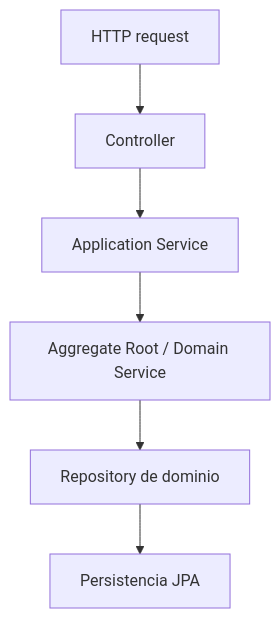
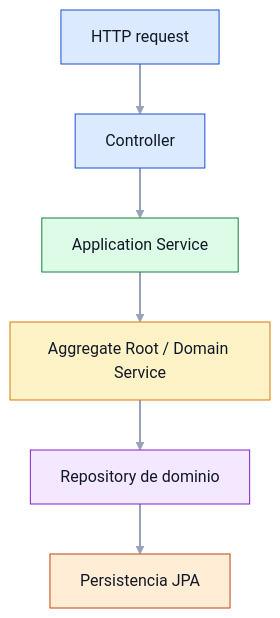
One commit to VirtualCave/modern-architecture-patterns changed the third of 7 diagrams in README.md. Above: the diagram before and after it, drawn with Mermaid. The commit also changed other lines of this file and 4 other files, not shown here.

````diff
--- a/README.md
+++ b/README.md
@@ -239,8 +281,23 @@
 ```mermaid
+%%{init: {'theme':'base','themeVariables': {'background':'transparent','primaryTextColor':'#111827','lineColor':'#94A3B8'}}}%%
 flowchart TD
     A[HTTP request] --> B[Controller]
     B --> C[Application Service]
     C --> D[Aggregate Root / Domain Service]
     D --> E[Repository de dominio]
     E --> F[Persistencia JPA]
+
+    linkStyle default stroke:#94A3B8,stroke-width:2px;
+
+    classDef entry fill:#DBEAFE,stroke:#1D4ED8,stroke-width:1px,color:#111827;
+    classDef app fill:#DCFCE7,stroke:#15803D,stroke-width:1px,color:#111827;
+    classDef domain fill:#FEF3C7,stroke:#D97706,stroke-width:1px,color:#111827;
+    classDef port fill:#F3E8FF,stroke:#7E22CE,stroke-width:1px,color:#111827;
+    classDef infra fill:#FFEDD5,stroke:#C2410C,stroke-width:1px,color:#111827;
+
+    class A,B entry;
+    class C app;
+    class D domain;
+    class E port;
+    class F infra;
 ```
````
